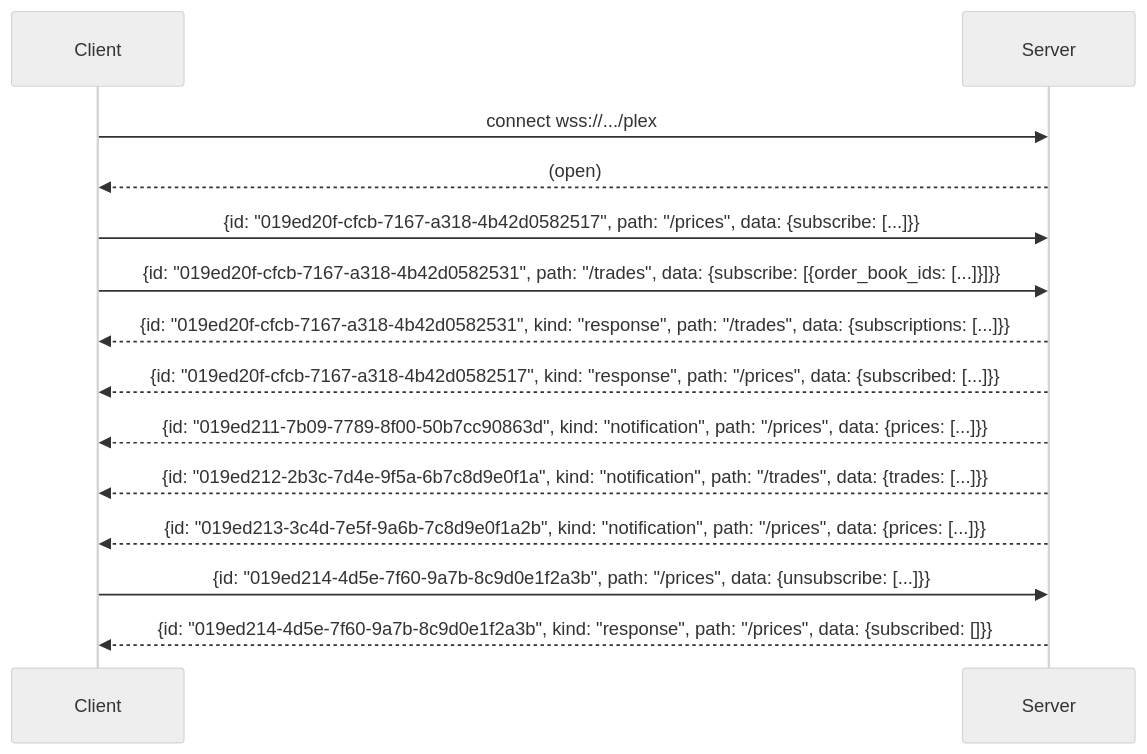
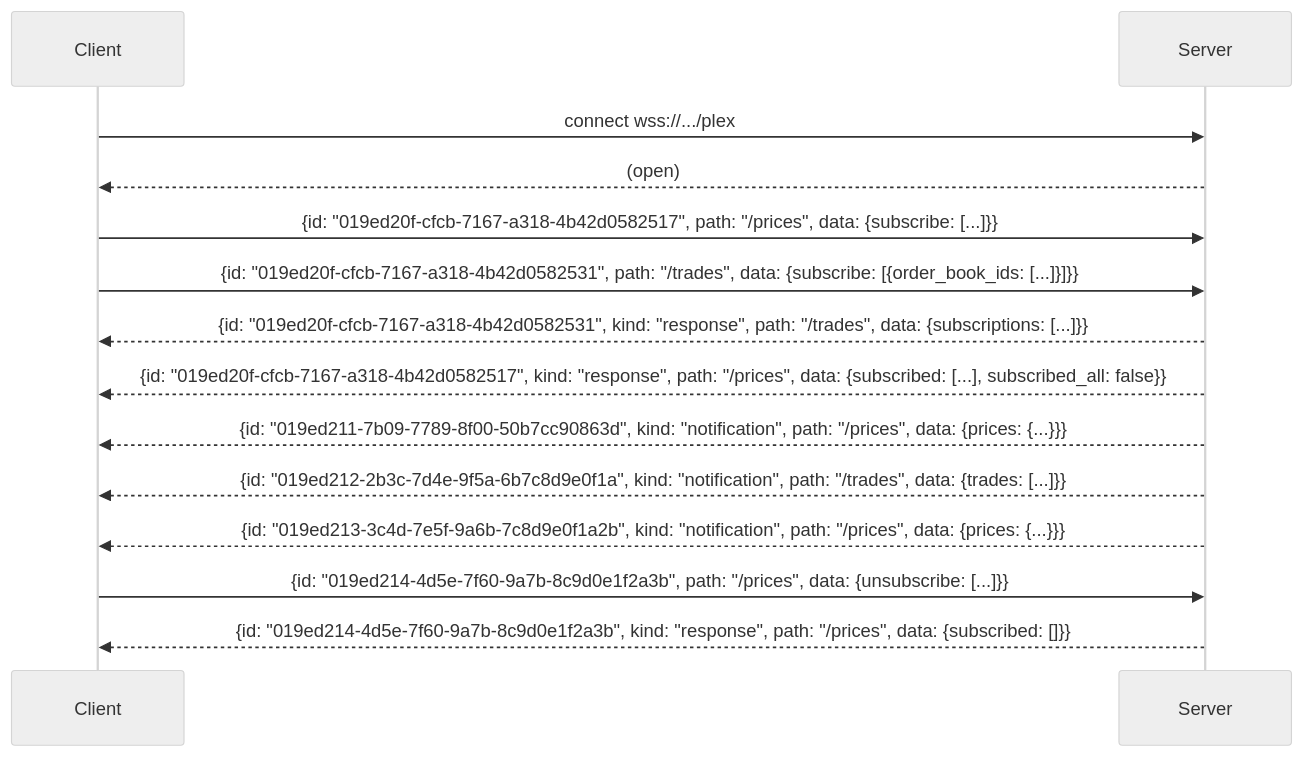
One commit to dora-network/dora-api-docs changed the diagram in multiplex-websocket/README.md. Above: the diagram before and after it, drawn with Mermaid (neutral theme). The commit also changed other lines of this file and 9 other files, not shown here.

First line of the commit message:
docs(wsplex): update multiplex-websocket docs for new channels and prices data model

````diff
--- a/multiplex-websocket/README.md
+++ b/multiplex-websocket/README.md
@@ -129,21 +123,21 @@
 ```mermaid
 sequenceDiagram
     participant C as Client
     participant S as Server
 
     C->>S: connect wss://.../plex
     S-->>C: (open)
 
     C->>S: {id: "019ed20f-cfcb-7167-a318-4b42d0582517", path: "/prices",  data: {subscribe: [...]}}
     C->>S: {id: "019ed20f-cfcb-7167-a318-4b42d0582531", path: "/trades",  data: {subscribe: [{order_book_ids: [...]}]}}
 
     S-->>C: {id: "019ed20f-cfcb-7167-a318-4b42d0582531", kind: "response", path: "/trades",  data: {subscriptions: [...]}}
-    S-->>C: {id: "019ed20f-cfcb-7167-a318-4b42d0582517", kind: "response", path: "/prices", data: {subscribed: [...]}}
+    S-->>C: {id: "019ed20f-cfcb-7167-a318-4b42d0582517", kind: "response", path: "/prices", data: {subscribed: [...], subscribed_all: false}}
 
-    S-->>C: {id: "019ed211-7b09-7789-8f00-50b7cc90863d", kind: "notification", path: "/prices", data: {prices: [...]}}
+    S-->>C: {id: "019ed211-7b09-7789-8f00-50b7cc90863d", kind: "notification", path: "/prices", data: {prices: {...}}}
     S-->>C: {id: "019ed212-2b3c-7d4e-9f5a-6b7c8d9e0f1a", kind: "notification", path: "/trades", data: {trades: [...]}}
-    S-->>C: {id: "019ed213-3c4d-7e5f-9a6b-7c8d9e0f1a2b", kind: "notification", path: "/prices", data: {prices: [...]}}
+    S-->>C: {id: "019ed213-3c4d-7e5f-9a6b-7c8d9e0f1a2b", kind: "notification", path: "/prices", data: {prices: {...}}}
 
     C->>S: {id: "019ed214-4d5e-7f60-9a7b-8c9d0e1f2a3b", path: "/prices", data: {unsubscribe: [...]}}
     S-->>C: {id: "019ed214-4d5e-7f60-9a7b-8c9d0e1f2a3b", kind: "response", path: "/prices", data: {subscribed: []}}
 ```
````
